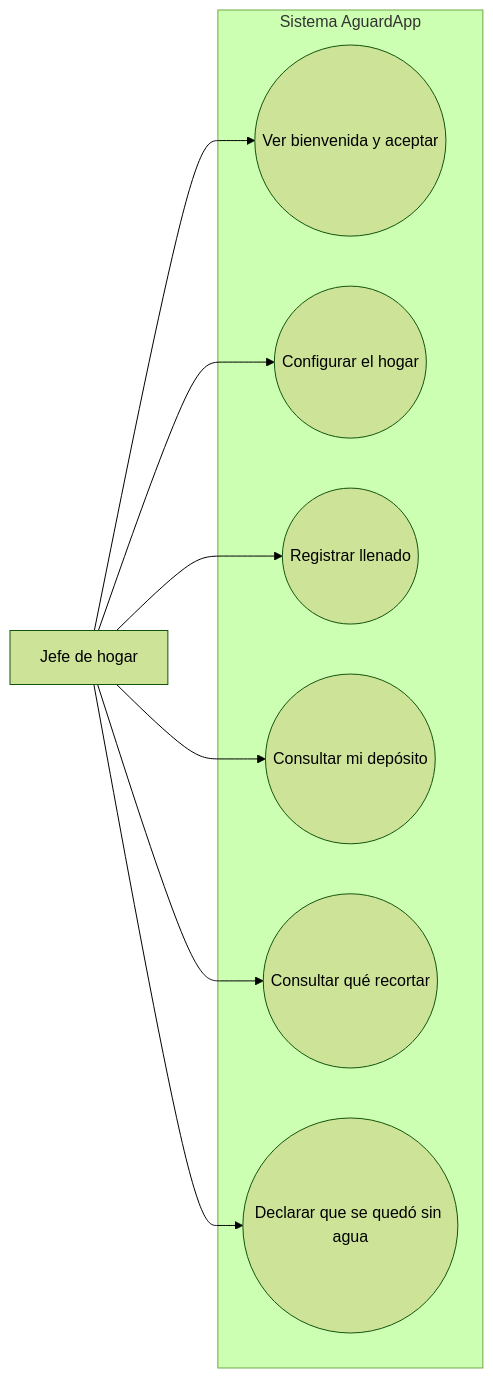
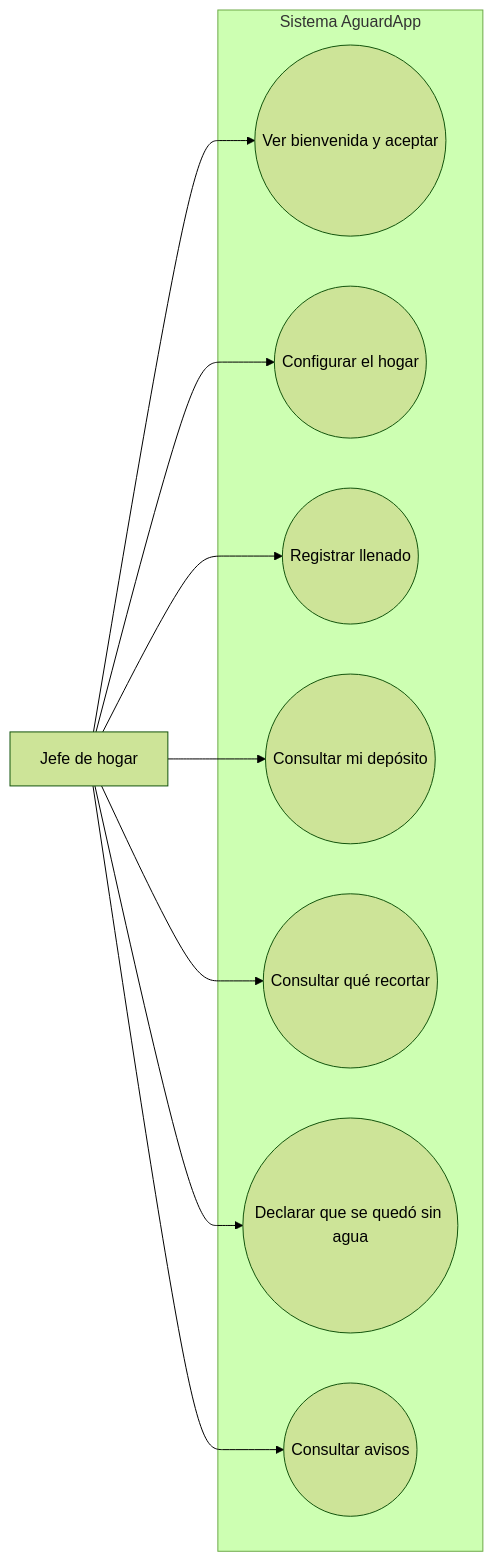
The second of 19 diagrams in informes/FD04-SAD.md (IkerASierraR/AguardApp), drawn with Mermaid (forest theme) before and after one commit. The commit also changed other lines of this file and 2 other files, not shown here.

````diff
--- a/informes/FD04-SAD.md
+++ b/informes/FD04-SAD.md
@@ -115,20 +117,22 @@
 ```mermaid
 flowchart LR
     JH[Jefe de hogar]
 
     subgraph SYS[Sistema AguardApp]
       U1((Ver bienvenida y aceptar))
       U2((Configurar el hogar))
       U3((Registrar llenado))
       U4((Consultar mi depósito))
       U5((Consultar qué recortar))
       U6((Declarar que se quedó sin agua))
+      U7((Consultar avisos))
     end
 
     JH --> U1
     JH --> U2
     JH --> U3
     JH --> U4
     JH --> U5
     JH --> U6
+    JH --> U7
 ```
````
